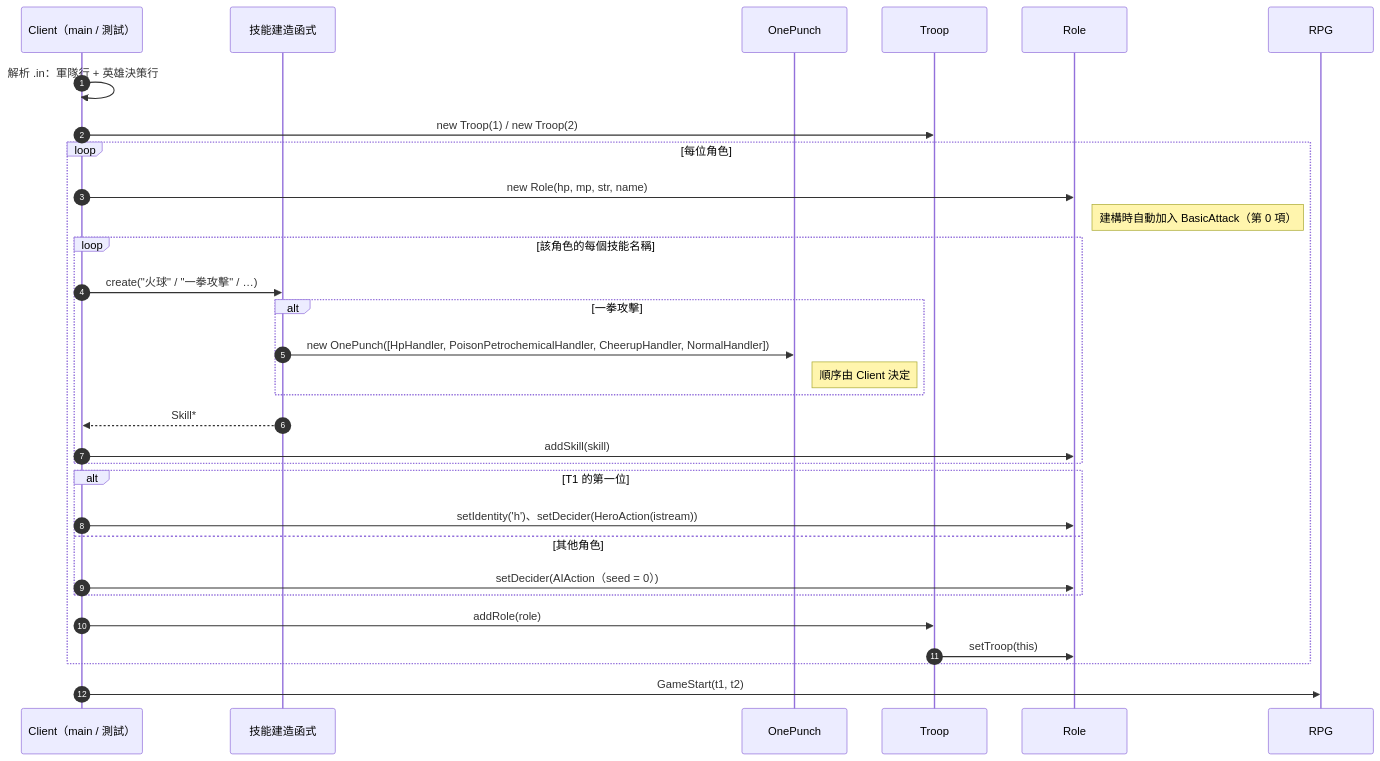
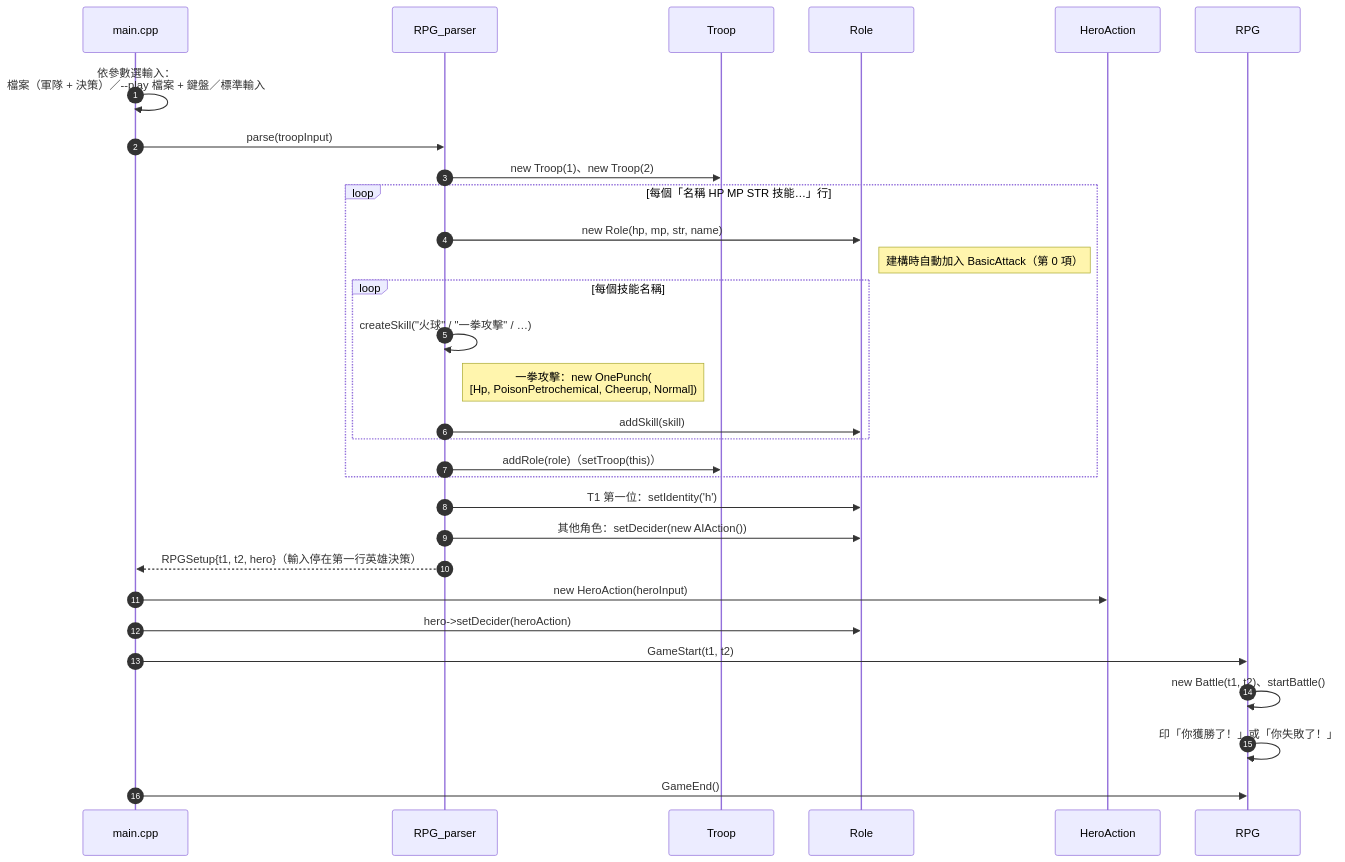
Before and after one commit to Chang-anthony/DesignPattern: the eighth of 14 diagrams in RPGGame/diagrams.md, drawn with Mermaid. The commit also changed other lines of this file and 3 other files, not shown here.

First line of the commit message:
docs(rpggame): document Battle, RPG, parser, and how to run the game

````diff
--- a/RPGGame/diagrams.md
+++ b/RPGGame/diagrams.md
@@ -576,34 +585,33 @@
 ```mermaid
 sequenceDiagram
     autonumber
-    participant C as Client（main / 測試）
-    participant F as 技能建造函式
-    participant OP as OnePunch
+    participant M as main.cpp
+    participant P as RPG_parser
     participant TR as Troop
     participant R as Role
+    participant H as HeroAction
     participant G as RPG
 
-    C->>C: 解析 .in：軍隊行 + 英雄決策行
-    C->>TR: new Troop(1) / new Troop(2)
-    loop 每位角色
-        C->>R: new Role(hp, mp, str, name)
+    M->>M: 依參數選輸入：<br/>檔案（軍隊 + 決策）／--play 檔案 + 鍵盤／標準輸入
+    M->>P: parse(troopInput)
+    P->>TR: new Troop(1)、new Troop(2)
+    loop 每個「名稱 HP MP STR 技能…」行
+        P->>R: new Role(hp, mp, str, name)
         Note right of R: 建構時自動加入 BasicAttack（第 0 項）
-        loop 該角色的每個技能名稱
-            C->>F: create("火球" / "一拳攻擊" / …)
-            alt 一拳攻擊
-                F->>OP: new OnePunch([HpHandler, PoisonPetrochemicalHandler, CheerupHandler, NormalHandler])
-                Note right of OP: 順序由 Client 決定
-            end
-            F-->>C: Skill*
-            C->>R: addSkill(skill)
+        loop 每個技能名稱
+            P->>P: createSkill("火球" / "一拳攻擊" / …)
+            Note right of P: 一拳攻擊：new OnePunch(<br/>[Hp, PoisonPetrochemical, Cheerup, Normal])
+            P->>R: addSkill(skill)
         end
-        alt T1 的第一位
-            C->>R: setIdentity('h')、setDecider(HeroAction(istream))
-        else 其他角色
-            C->>R: setDecider(AIAction（seed = 0）)
-        end
-        C->>TR: addRole(role)
-        TR->>R: setTroop(this)
+        P->>TR: addRole(role)（setTroop(this)）
     end
-    C->>G: GameStart(t1, t2)
+    P->>R: T1 第一位：setIdentity('h')
+    P->>R: 其他角色：setDecider(new AIAction())
+    P-->>M: RPGSetup{t1, t2, hero}（輸入停在第一行英雄決策）
+    M->>H: new HeroAction(heroInput)
+    M->>R: hero->setDecider(heroAction)
+    M->>G: GameStart(t1, t2)
+    G->>G: new Battle(t1, t2)、startBattle()
+    G->>G: 印「你獲勝了！」或「你失敗了！」
+    M->>G: GameEnd()
 ```
````
